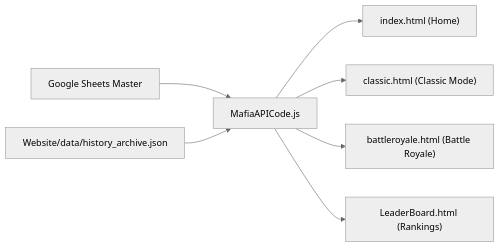
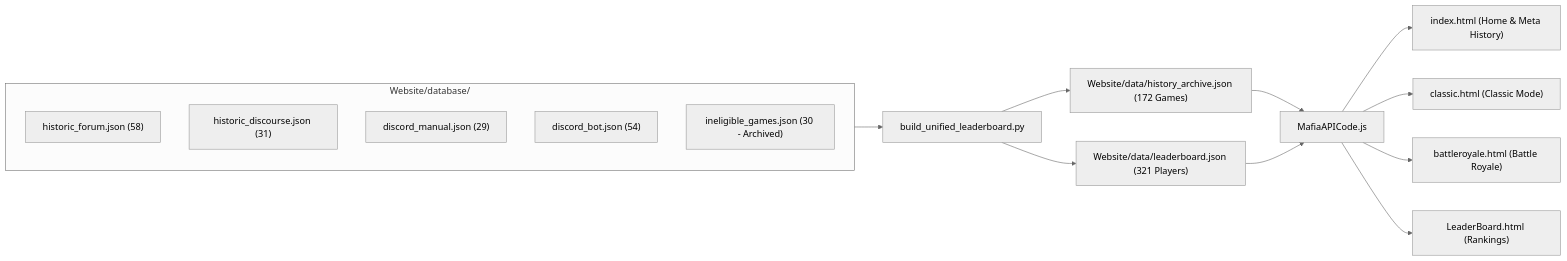
One commit to asch053/IC-Mafia-Bot changed the diagram in Website/Website_Portal_Overview.md. Above: the diagram before and after it, drawn with Mermaid (neutral theme). The commit also changed other lines of this file and 429 other files, not shown here.

````diff
--- a/Website/Website_Portal_Overview.md
+++ b/Website/Website_Portal_Overview.md
@@ -27,10 +44,27 @@
 ```mermaid
 flowchart LR
-    Sheets["Google Sheets Master"] --> JS["MafiaAPICode.js"]
-    ArchiveJSON["Website/data/history_archive.json"] --> JS
+    subgraph Databases["Website/database/"]
+        Forum["historic_forum.json (58)"]
+        Discourse["historic_discourse.json (31)"]
+        Manual["discord_manual.json (29)"]
+        Bot["discord_bot.json (54)"]
+        Ineligible["ineligible_games.json (30 - Archived)"]
+    end
+
+    Build["build_unified_leaderboard.py"]
+    ArchiveJSON["Website/data/history_archive.json (172 Games)"]
+    LeaderboardJSON["Website/data/leaderboard.json (321 Players)"]
+    JS["MafiaAPICode.js"]
+
+    Databases --> Build
+    Build --> ArchiveJSON
+    Build --> LeaderboardJSON
     
-    JS --> Index["index.html (Home)"]
+    ArchiveJSON --> JS
+    LeaderboardJSON --> JS
+    
+    JS --> Index["index.html (Home & Meta History)"]
     JS --> Classic["classic.html (Classic Mode)"]
     JS --> BR["battleroyale.html (Battle Royale)"]
     JS --> LB["LeaderBoard.html (Rankings)"]
 ```
````
